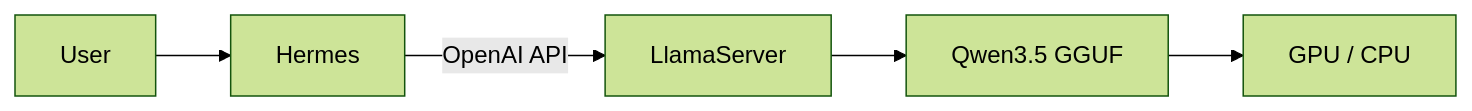
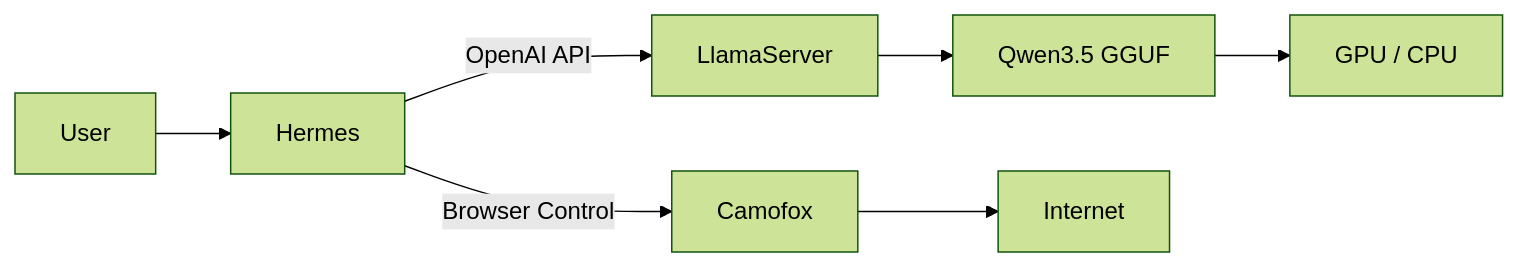
Before and after one commit to metantonio/hermes-wsl-ubuntu: the first of 4 diagrams in Readme.md, drawn with Mermaid (forest theme). The commit also changed other lines of this file, not shown here.

````diff
--- a/Readme.md
+++ b/Readme.md
@@ -47,7 +48,9 @@
 ```mermaid
 flowchart LR
     User --> Hermes
     Hermes -->|OpenAI API| LlamaServer
+    Hermes -->|Browser Control| Camofox
     LlamaServer --> Model[Qwen3.5 GGUF]
     Model --> GPU[GPU / CPU]
+    Camofox --> Web[Internet]
 ```
````
